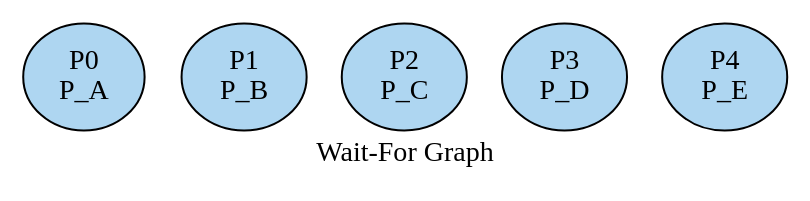
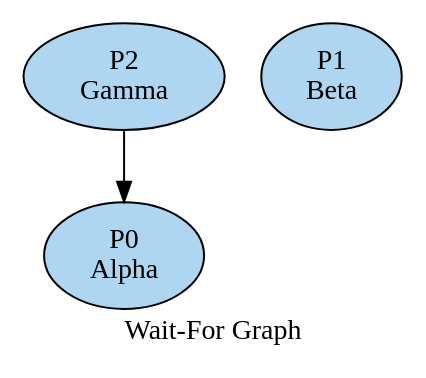
The diagram in outputs/wfg.dot (c-varshith/deadlock_detection_recovery), drawn with Graphviz before and after one commit. The commit also changed 4 other files, not shown here.

```diff
--- a/outputs/wfg.dot
+++ b/outputs/wfg.dot
@@ -1,8 +1,7 @@
 digraph WFG {
     graph [label="Wait-For Graph", fontsize=14];
-    P0 [label="P0\nP_A", shape=ellipse, style=filled, fillcolor="#AED6F1"];
-    P1 [label="P1\nP_B", shape=ellipse, style=filled, fillcolor="#AED6F1"];
-    P2 [label="P2\nP_C", shape=ellipse, style=filled, fillcolor="#AED6F1"];
-    P3 [label="P3\nP_D", shape=ellipse, style=filled, fillcolor="#AED6F1"];
-    P4 [label="P4\nP_E", shape=ellipse, style=filled, fillcolor="#AED6F1"];
+    P0 [label="P0\nAlpha", shape=ellipse, style=filled, fillcolor="#AED6F1"];
+    P1 [label="P1\nBeta", shape=ellipse, style=filled, fillcolor="#AED6F1"];
+    P2 [label="P2\nGamma", shape=ellipse, style=filled, fillcolor="#AED6F1"];
+    P2 -> P0;
 }
```
